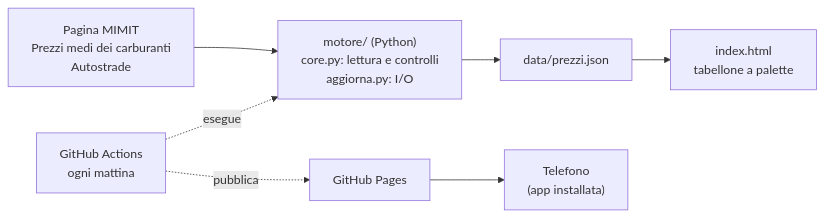
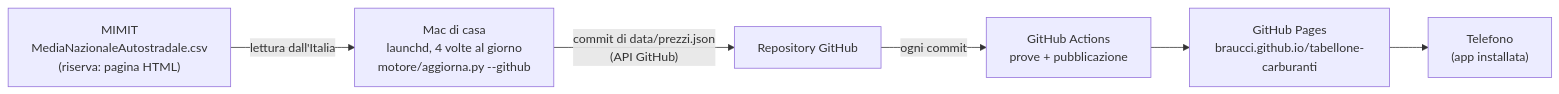
Before and after one commit to braucci/tabellone-carburanti: the diagram in README-progetto.md, drawn with Mermaid. The commit also changed other lines of this file and 15 other files, not shown here.

````diff
--- a/README-progetto.md
+++ b/README-progetto.md
@@ -17,9 +15,8 @@
 ```mermaid
 flowchart LR
-  A["Pagina MIMIT<br/>Prezzi medi dei carburanti<br/>Autostrade"] --> M
-  M["motore/ (Python)<br/>core.py: lettura e controlli<br/>aggiorna.py: I/O"] --> J["data/prezzi.json"]
-  J --> P["index.html<br/>tabellone a palette"]
-  G["GitHub Actions<br/>ogni mattina"] -. esegue .-> M
-  G -. pubblica .-> W["GitHub Pages"]
+  F["MIMIT<br/>MediaNazionaleAutostradale.csv<br/>(riserva: pagina HTML)"] -->|"lettura dall'Italia"| M
+  M["Mac di casa<br/>launchd, 4 volte al giorno<br/>motore/aggiorna.py --github"] -->|"commit di data/prezzi.json<br/>(API GitHub)"| R["Repository GitHub"]
+  R -->|"ogni commit"| A["GitHub Actions<br/>prove + pubblicazione"]
+  A --> W["GitHub Pages<br/>braucci.github.io/tabellone-carburanti"]
   W --> T["Telefono<br/>(app installata)"]
 ```
````
